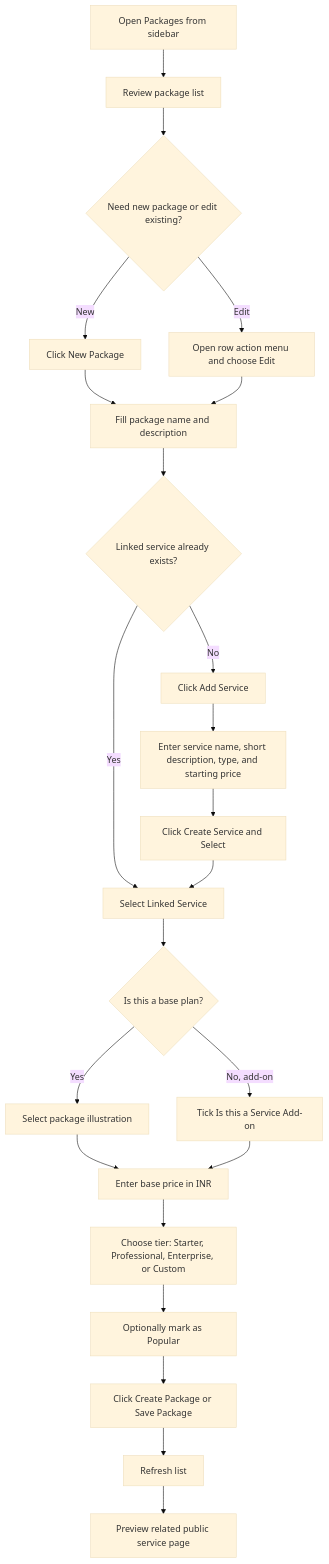
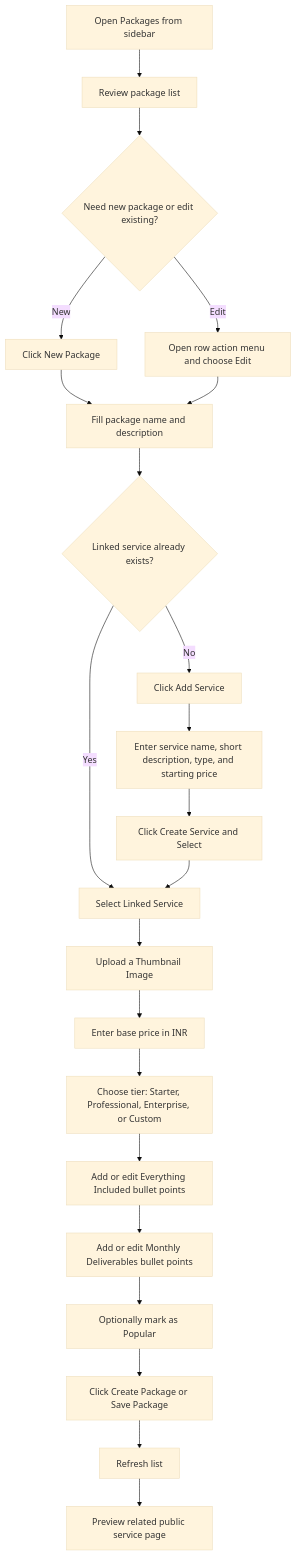
Before and after one commit to Vishad-N/newSimbolo: the third of 11 diagrams in docs/admin-dashboard-workflow.md, drawn with Mermaid (base theme). The commit also changed other lines of this file and 27 other files, not shown here.

````diff
--- a/docs/admin-dashboard-workflow.md
+++ b/docs/admin-dashboard-workflow.md
@@ -88,25 +96,24 @@
 ```mermaid
 flowchart TD
     A[Open Packages from sidebar] --> B[Review package list]
     B --> C{Need new package or edit existing?}
     C -->|New| D[Click New Package]
     C -->|Edit| E[Open row action menu and choose Edit]
     D --> F[Fill package name and description]
     E --> F
     F --> G{Linked service already exists?}
     G -->|Yes| H[Select Linked Service]
     G -->|No| I[Click Add Service]
     I --> J[Enter service name, short description, type, and starting price]
     J --> K[Click Create Service and Select]
     K --> H
-    H --> L{Is this a base plan?}
-    L -->|Yes| M[Select package illustration]
-    L -->|No, add-on| N[Tick Is this a Service Add-on]
-    M --> O[Enter base price in INR]
-    N --> O
-    O --> P[Choose tier: Starter, Professional, Enterprise, or Custom]
+    H --> L[Upload a Thumbnail Image]
+    L --> M[Enter base price in INR]
+    M --> N[Choose tier: Starter, Professional, Enterprise, or Custom]
+    N --> O[Add or edit Everything Included bullet points]
+    O --> P[Add or edit Monthly Deliverables bullet points]
     P --> Q[Optionally mark as Popular]
     Q --> R[Click Create Package or Save Package]
     R --> S[Refresh list]
     S --> T[Preview related public service page]
 ```
````
